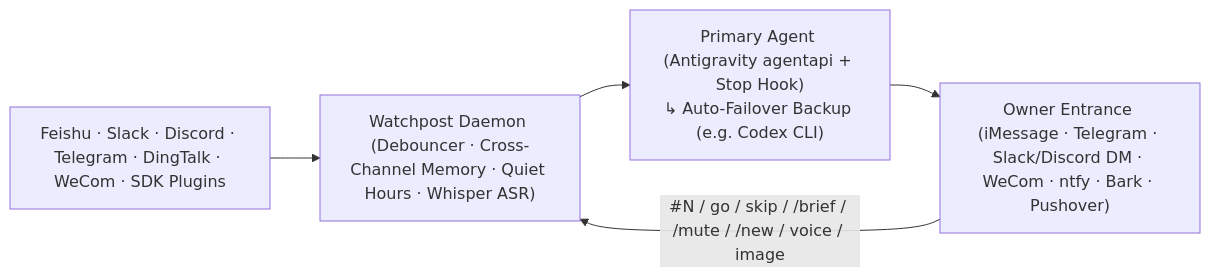
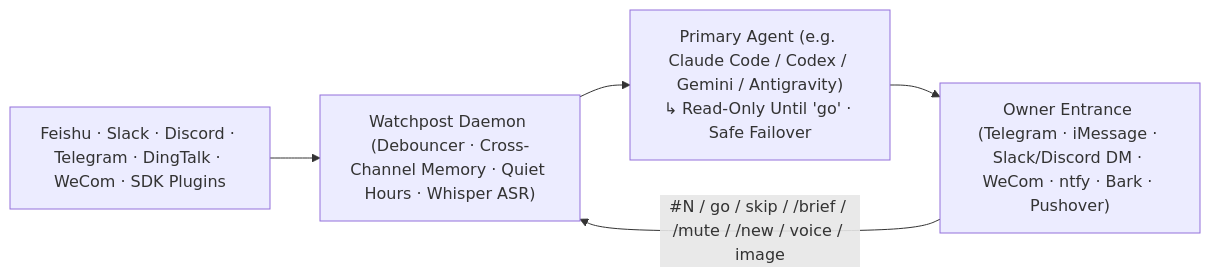
One commit to Popcornnnnnnnn/watchpost changed the diagram in README.md. Above: the diagram before and after it, drawn with Mermaid. The commit also changed other lines of this file and 47 other files, not shown here.

````diff
--- a/README.md
+++ b/README.md
@@ -10,7 +10,7 @@
 ```mermaid
 flowchart LR
     A["Feishu · Slack · Discord · Telegram · DingTalk · WeCom · SDK Plugins"] --> B["Watchpost Daemon (Debouncer · Cross-Channel Memory · Quiet Hours · Whisper ASR)"]
-    B --> C["Primary Agent (Antigravity agentapi + Stop Hook)\n↳ Auto-Failover Backup (e.g. Codex CLI)"]
-    C --> D["Owner Entrance (iMessage · Telegram · Slack/Discord DM · WeCom · ntfy · Bark · Pushover)"]
+    B --> C["Primary Agent (e.g. Claude Code / Codex / Gemini / Antigravity)\n↳ Read-Only Until 'go' · Safe Failover"]
+    C --> D["Owner Entrance (Telegram · iMessage · Slack/Discord DM · WeCom · ntfy · Bark · Pushover)"]
     D -->|"#N / go / skip / /brief / /mute / /new / voice / image"| B
 ```
````
